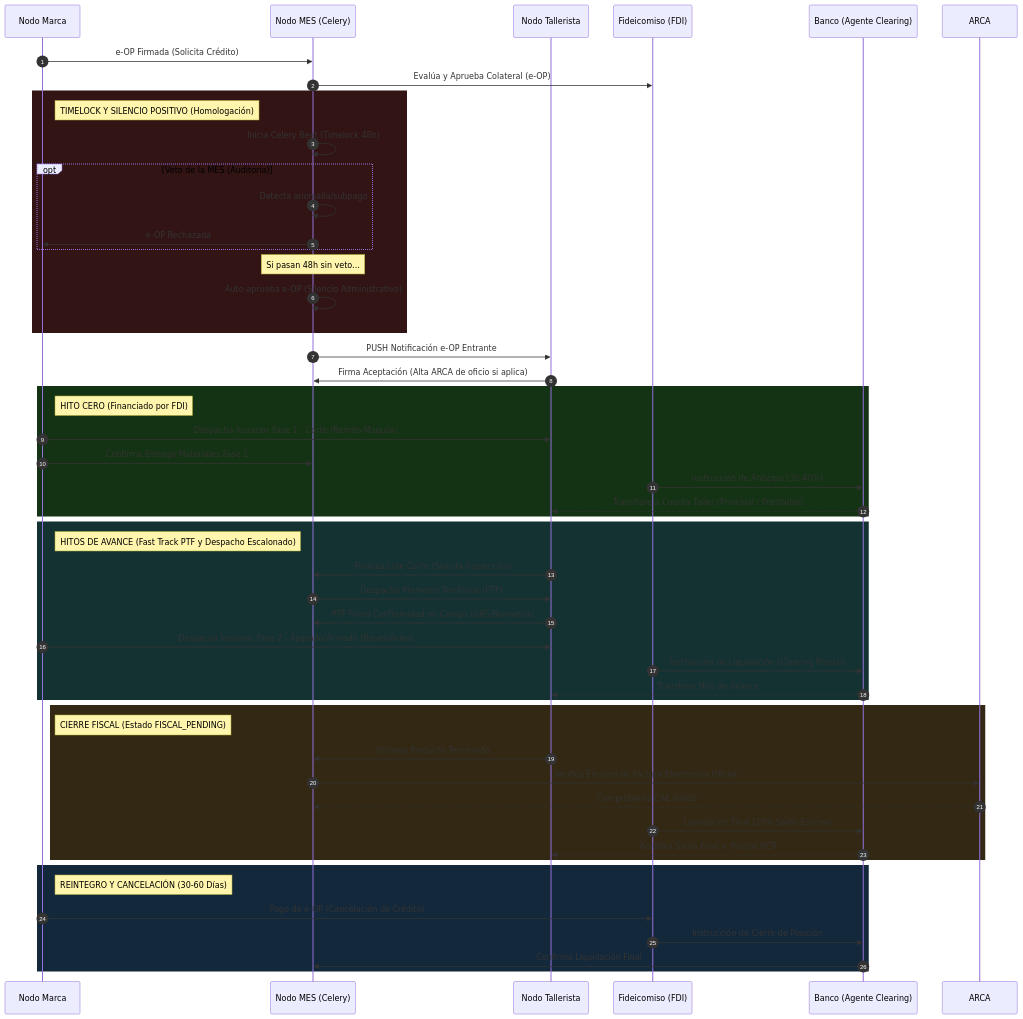
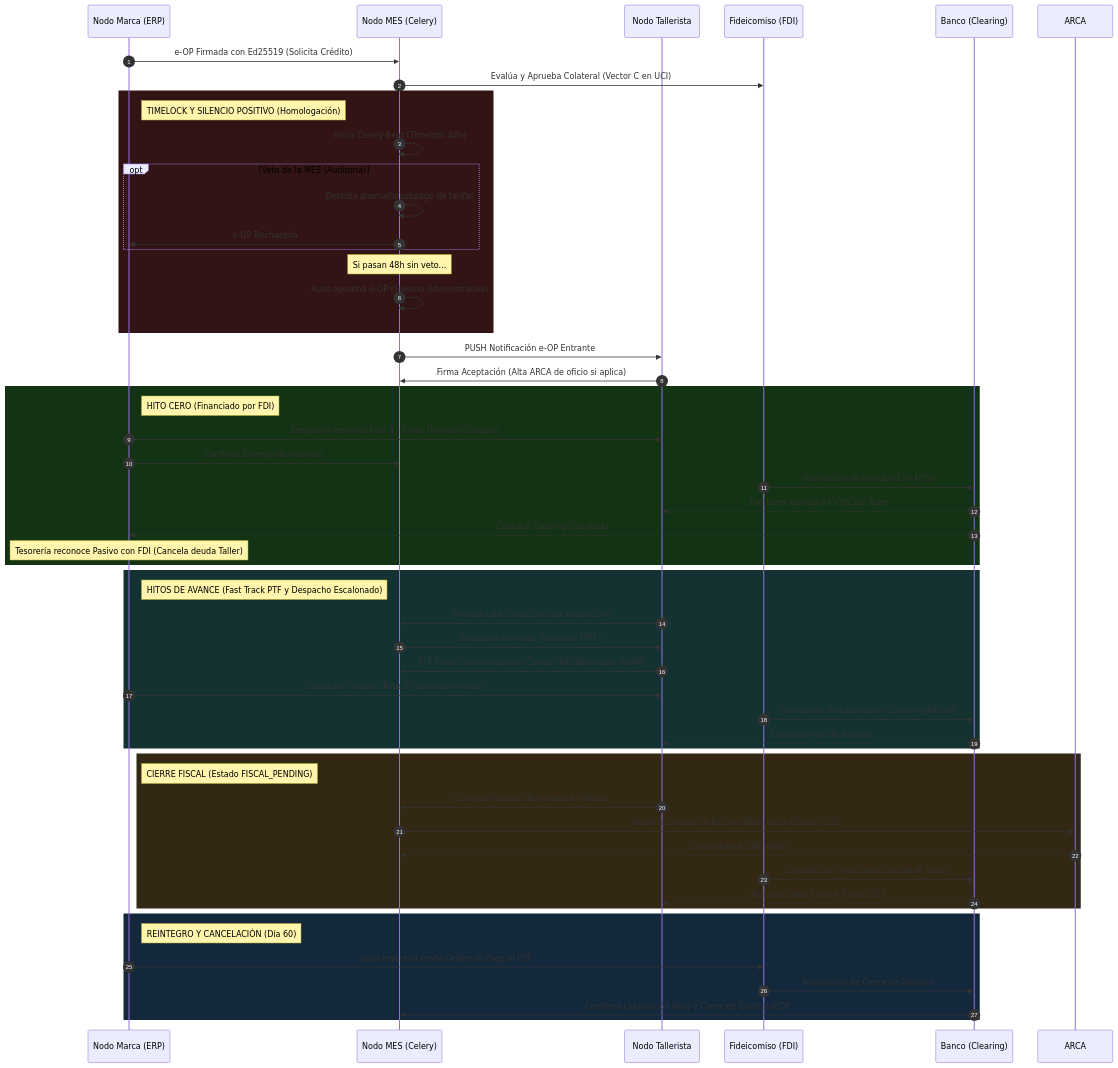
One commit to sarthouse/indinopy changed the third of 9 diagrams in docs/md/arquitectura_funcional.md. Above: the diagram before and after it, drawn with Mermaid. The commit also changed other lines of this file and 6 other files, not shown here.

````diff
--- a/docs/md/arquitectura_funcional.md
+++ b/docs/md/arquitectura_funcional.md
@@ -145,60 +155,62 @@
 ```mermaid
 sequenceDiagram
     autonumber
-    participant Marca as Nodo Marca
+    participant Marca as Nodo Marca (ERP)
     participant MES as Nodo MES (Celery)
     participant Taller as Nodo Tallerista
     participant FDI as Fideicomiso (FDI)
-    participant Banco as Banco (Agente Clearing)
+    participant Banco as Banco (Clearing)
     
-    Marca->>MES: e-OP Firmada (Solicita Crédito)
-    MES->>FDI: Evalúa y Aprueba Colateral (e-OP)
+    Marca->>MES: e-OP Firmada con Ed25519 (Solicita Crédito)
+    MES->>FDI: Evalúa y Aprueba Colateral (Vector C en UCI)
     
     rect rgb(50, 20, 20)
         Note right of Marca: TIMELOCK Y SILENCIO POSITIVO (Homologación)
         MES->>MES: Inicia Celery Beat (Timelock 48h)
         opt Veto de la MES (Auditoría)
-            MES->>MES: Detecta anomalía/subpago
+            MES->>MES: Detecta anomalía/subpago de tarifas
             MES->>Marca: e-OP Rechazada
         end
         Note over MES: Si pasan 48h sin veto...
         MES->>MES: Auto-aprueba e-OP (Silencio Administrativo)
     end
 
     MES->>Taller: PUSH Notificación e-OP Entrante
     Taller->>MES: Firma Aceptación (Alta ARCA de oficio si aplica)
     
     rect rgb(20, 50, 20)
         Note right of Marca: HITO CERO (Financiado por FDI)
-        Marca->>Taller: Despacha Insumos Fase 1 - Corte (Remito Maquila)
-        Marca->>MES: Confirma Entrega Materiales Fase 1
+        Marca->>Taller: Despacha Insumos Fase 1 - Corte (Remito Custodia)
+        Marca->>MES: Confirma Entrega de Insumos
         FDI->>Banco: Instrucción de Anticipo (30-40%)
-        Banco-->>Taller: Transfiere a Cuenta Taller (Principal / Prestador)
+        Banco-->>Taller: Transfiere directo a CVU/CBU Taller
+        Banco-->>Marca: Callback Clearing Ejecutado
+        Note over Marca: Tesorería reconoce Pasivo con FDI (Cancela deuda Taller)
     end
     
     rect rgb(20, 50, 50)
         Note right of Marca: HITOS DE AVANCE (Fast Track PTF y Despacho Escalonado)
         Taller->>MES: Finaliza Lote Corte (Solicita Inspección)
         MES->>Taller: Despacha Promotor Territorial (PTF)
-        Taller->>MES: PTF Firma Conformidad en Campo (GPS/Biometría)
-        Marca->>Taller: Despacha Insumos Fase 2 - Aparado/Armado (Bases/Avíos)
+        Taller->>MES: PTF Firma Conformidad en Campo (GPS/Biometría PoPW)
+        Marca->>Taller: Despacha Insumos Fase 2 (Aparado/Armado)
         FDI->>Banco: Instrucción de Liquidación (Clearing Parcial)
         Banco-->>Taller: Transfiere Hito de Avance
     end
 
     rect rgb(50, 40, 20)
         Note right of Marca: CIERRE FISCAL (Estado FISCAL_PENDING)
-        Taller->>MES: Entrega Producto Terminado
-        MES->>ARCA: Verifica Emisión de Factura Electrónica Oficial
+        Taller->>MES: Entrega Producto Terminado en Planta
+        MES->>ARCA: Verifica Emisión de Factura Electrónica Oficial (CAE)
         ARCA-->>MES: Comprobante CAE Válido
-        FDI->>Banco: Liquidación Final (20% Saldo Escrow)
+        FDI->>Banco: Liquidación Final (Saldo Escrow al Taller)
         Banco-->>Taller: Acredita Saldo Final + Puntos UCP
     end
     
     rect rgb(20, 40, 60)
-        Note right of Marca: REINTEGRO Y CANCELACIÓN (30-60 Días)
-        Marca->>FDI: Pago de e-OP (Cancelación de Crédito)
+        Note right of Marca: REINTEGRO Y CANCELACIÓN (Día 60)
+        Marca->>FDI: apps.tesoreria emite Orden de Pago al FDI
         FDI->>Banco: Instrucción de Cierre de Posición
-        Banco->>MES: Confirma Liquidación Final
+        Banco->>MES: Confirma Liquidación Final y Cierre de ContratoEOP
     end
 ```
````
